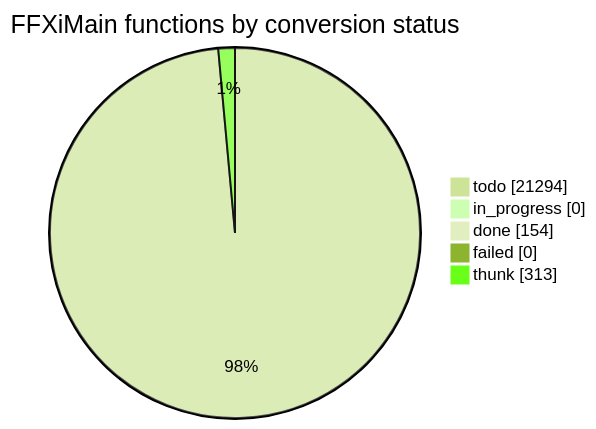
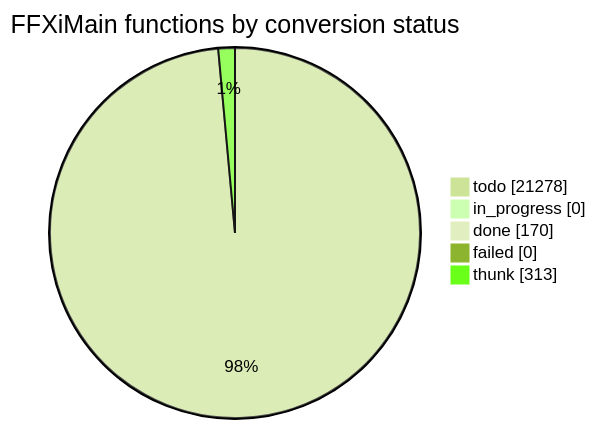
Before and after one commit to cowrevenge/cow_kuluu_xi_anything: the diagram in docs/cow/STATUS.md, drawn with Mermaid (forest theme). The commit also changed other lines of this file and 23 other files, not shown here.

````diff
--- a/docs/cow/STATUS.md
+++ b/docs/cow/STATUS.md
@@ -18,9 +18,9 @@
 ```mermaid
 pie showData
     title FFXiMain functions by conversion status
-    "todo" : 21294
+    "todo" : 21278
     "in_progress" : 0
-    "done" : 154
+    "done" : 170
     "failed" : 0
     "thunk" : 313
 ```
````
